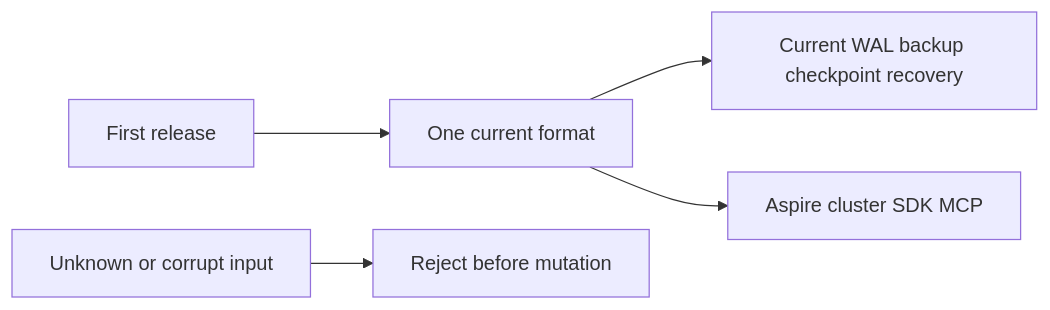
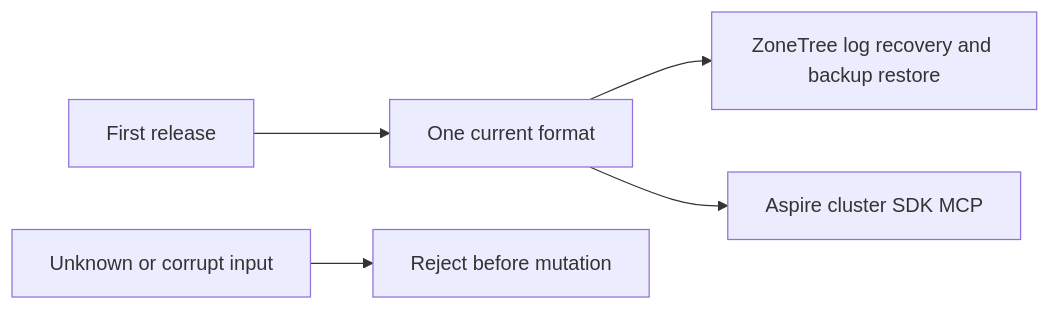
Before and after one commit to managedcode/KeyLoad: the diagram in docs/ADR/ADR-116-first-release-current-format.md, drawn with Mermaid. The commit also changed other lines of this file and 1072 other files, not shown here.

First line of the commit message:
Use native ZoneTree storage, snapshots and backup operations

````diff
--- a/docs/ADR/ADR-116-first-release-current-format.md
+++ b/docs/ADR/ADR-116-first-release-current-format.md
@@ -49,7 +48,7 @@
 ```mermaid
 flowchart LR
   Scope[First release] --> Current[One current format]
-  Current --> Recovery[Current WAL backup checkpoint recovery]
+  Current --> Recovery[ZoneTree log recovery and backup restore]
   Current --> Cluster[Aspire cluster SDK MCP]
   Unsupported[Unknown or corrupt input] --> Reject[Reject before mutation]
 ```
````
